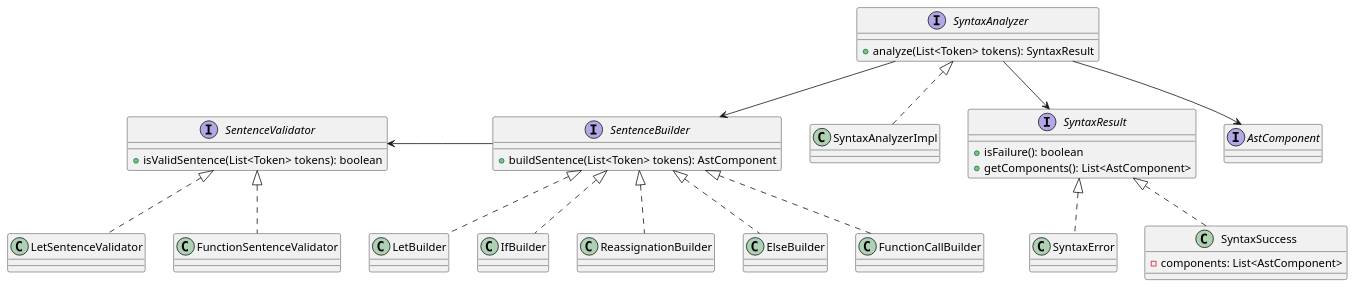
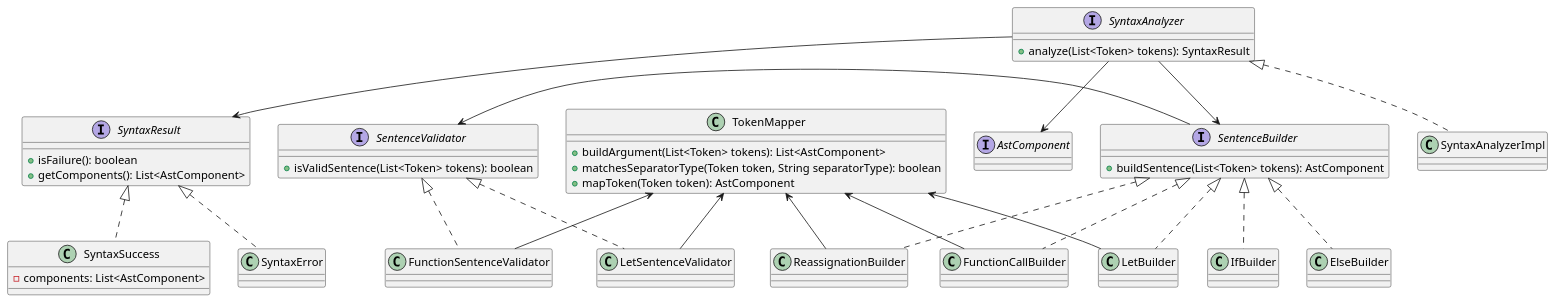
Before and after one commit to Al-Fajor/printscript: the diagram in diagrams/syntax/class diagram.puml, drawn with PlantUML.

Commit message:
Updated class diagram.puml

```diff
--- a/diagrams/syntax/class diagram.puml
+++ b/diagrams/syntax/class diagram.puml
@@ -1,42 +1,55 @@
 @startuml
 
 interface SyntaxAnalyzer{
     +analyze(List<Token> tokens): SyntaxResult
 }
 class SyntaxAnalyzerImpl implements SyntaxAnalyzer
 
 interface SentenceBuilder{
     +buildSentence(List<Token> tokens): AstComponent
 }
 
 class LetBuilder implements SentenceBuilder
 class IfBuilder implements SentenceBuilder
 class ReassignationBuilder implements SentenceBuilder
 class ElseBuilder implements SentenceBuilder
 class FunctionCallBuilder implements SentenceBuilder
 
 interface SyntaxResult{
     +isFailure(): boolean
     +getComponents(): List<AstComponent>
 }
 
 class SyntaxError implements SyntaxResult
 class SyntaxSuccess implements SyntaxResult{
 -components: List<AstComponent>
 }
 
 interface AstComponent
 
 interface SentenceValidator{
     +isValidSentence(List<Token> tokens): boolean
 }
 
 class LetSentenceValidator implements SentenceValidator
 class FunctionSentenceValidator implements SentenceValidator
 
+class TokenMapper {
++ buildArgument(List<Token> tokens): List<AstComponent>
++ matchesSeparatorType(Token token, String separatorType): boolean
++ mapToken(Token token): AstComponent
+}
+
 'Relations
 SyntaxAnalyzer --> AstComponent
 SyntaxAnalyzer --> SentenceBuilder
 SentenceValidator <- SentenceBuilder
 SyntaxAnalyzer --> SyntaxResult
+
+TokenMapper <-- FunctionCallBuilder
+TokenMapper <-- LetBuilder
+TokenMapper <-- ReassignationBuilder
+TokenMapper <-- LetSentenceValidator
+TokenMapper <-- FunctionSentenceValidator
+
 @enduml
```
